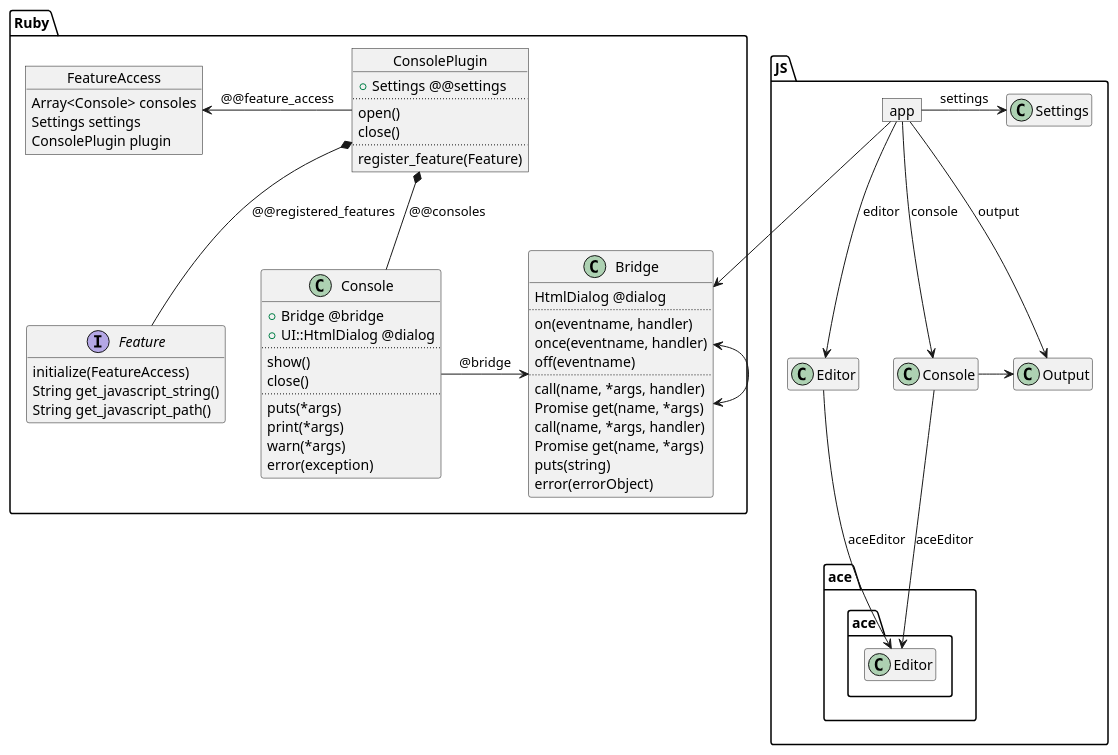
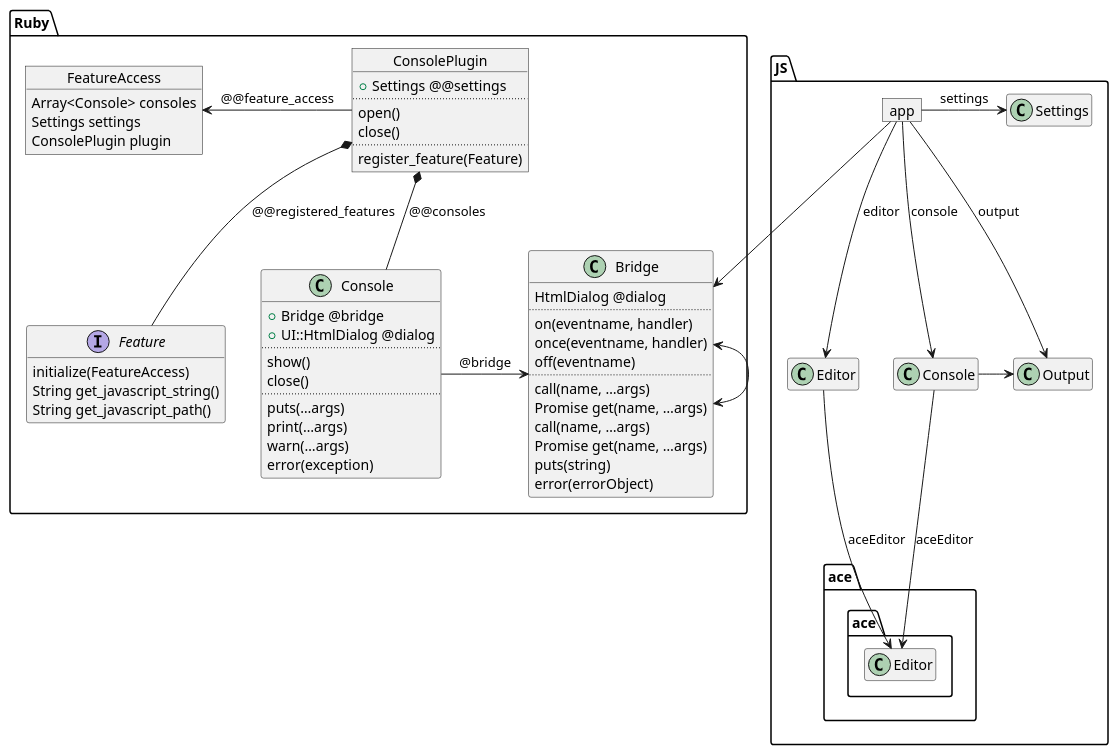
Before and after one commit to Aerilius/sketchup-console-plus: the diagram in design/class_diagram.puml, drawn with PlantUML. The commit also changed 1 other file, not shown here.

Commit message:
Update class diagram to match implementation

```diff
--- a/design/class_diagram.puml
+++ b/design/class_diagram.puml
@@ -1,105 +1,105 @@
 @startuml
 set namespaceSeparator ::
 hide empty members
 !pragma horizontalLineBetweenDifferentPackageAllowed
 
 package Ruby {
     object ConsolePlugin {
         + Settings @@settings
         ..
         open()
         close()
         ..
         register_feature(Feature)
     }
 
     class Ruby::Console {
         + Bridge @bridge
         + UI::HtmlDialog @dialog
         ..
         show()
         close()
         ..
-        puts(*args)
-        print(*args)
-        warn(*args)
+        puts(…args)
+        print(…args)
+        warn(…args)
         error(exception)
     }
 
     interface Feature {
         initialize(FeatureAccess)
         String get_javascript_string()
         String get_javascript_path()
     }
 
     object FeatureAccess {
         Array<Console> consoles
         Settings settings
         ConsolePlugin plugin
     }
 
     class Ruby::Bridge {
         HtmlDialog @dialog
         ..
         on(eventname, handler)
         once(eventname, handler)
         off(eventname)
         ..
-        call(name, *args, handler)
-        Promise get(name, *args)
+        call(name, …args)
+        Promise get(name, …args)
     }
 
     ConsolePlugin *-down- Ruby::Console: @@consoles
     ConsolePlugin *-- Feature: @@registered_features
     ConsolePlugin -left-> FeatureAccess: @@feature_access
 
     Ruby::Console --> Ruby::Bridge: @bridge
 
     'some hidden links for better layout
     FeatureAccess -[hidden]down->  Feature
     Feature       -[hidden]right-> Ruby::Console
     Ruby::Console -[hidden]right-> Ruby::Bridge
 }
 
 package JS {
     object app
     class JS::Editor
     class JS::Console
     class Output
     class JS::Settings
 
     object Bridge {
-        call(name, *args, handler)
-        Promise get(name, *args)
+        call(name, …args)
+        Promise get(name, …args)
         puts(string)
         error(errorObject)
     }
 
     app --> JS::Editor: editor
     app --> JS::Console: console
     app --> Output: output
     app --> JS::Settings: settings
     app --> Bridge
 
     JS::Console -right-> Output
     'JS::Console --> JS::Settings
 
     'JS::Editor --> JS::Settings
 
     'Output --> JS::Settings
 
     package ace {
        JS::Editor --> ace::Editor: aceEditor
        JS::Console --> ace::Editor: aceEditor
     }
 
     'some hidden links for better layout
     app    -[hidden]right-> JS::Settings
     JS::Editor -[hidden]left->  Bridge
     JS::Editor -[hidden]right-> JS::Console
     Output -[hidden]up->        JS::Settings
 }
 
 Ruby::Bridge <-right-> Bridge
 
 @enduml
```
